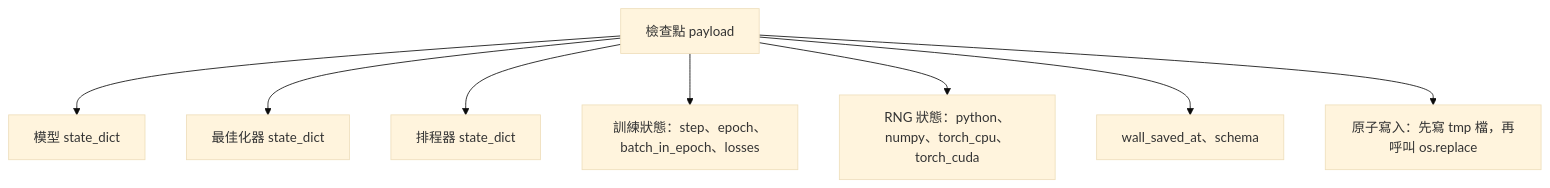
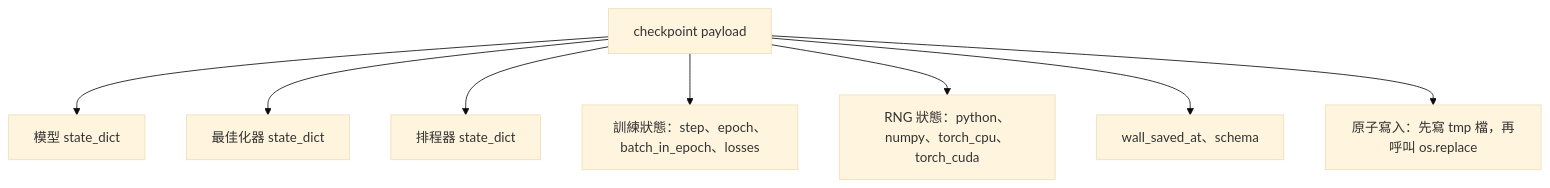
Before and after one commit to edward821220/ai-engineering-from-scratch: the first of 3 diagrams in i18n/zh-TW/phases/19-capstone-projects/47-checkpoint-save-resume/docs/zh-TW.md, drawn with Mermaid (base theme). The commit also changed 1 other file, not shown here.

Commit message:
fix(i18n): zh-TW vol6 mermaid labels (44, 47)
Forbidden variants inside mermaid display text: 日誌->紀錄, 檢查點->checkpoint.

````diff
--- a/i18n/zh-TW/phases/19-capstone-projects/47-checkpoint-save-resume/docs/zh-TW.md
+++ b/i18n/zh-TW/phases/19-capstone-projects/47-checkpoint-save-resume/docs/zh-TW.md
@@ -27,10 +27,10 @@
 ```mermaid
 flowchart TD
-  ckpt[檢查點 payload] --> m[模型 state_dict]
+  ckpt[checkpoint payload] --> m[模型 state_dict]
   ckpt --> o[最佳化器 state_dict]
   ckpt --> s[排程器 state_dict]
   ckpt --> tr[訓練狀態：step、epoch、batch_in_epoch、losses]
   ckpt --> rng[RNG 狀態：python、numpy、torch_cpu、torch_cuda]
   ckpt --> meta[wall_saved_at、schema]
   ckpt --> write[原子寫入：先寫 tmp 檔，再呼叫 os.replace]
 ```
````
